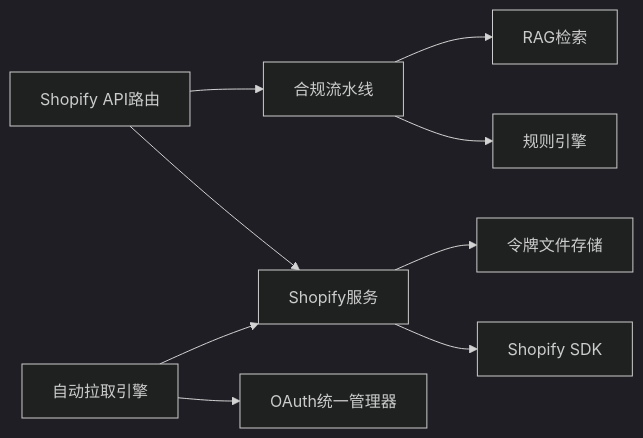
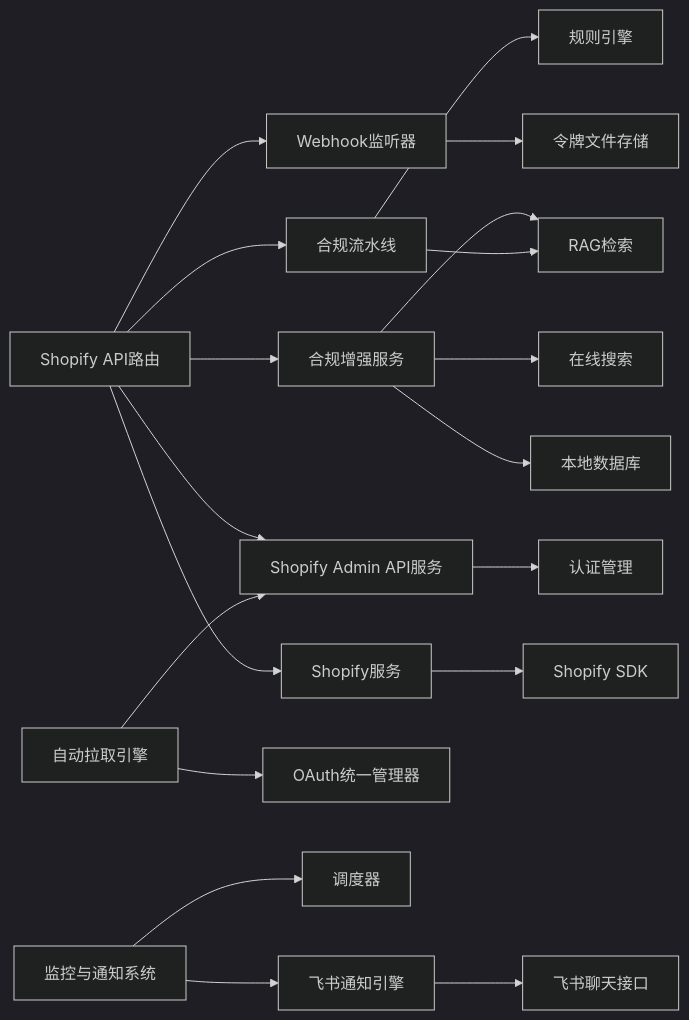
The tenth of 10 diagrams in .qoder/repowiki/zh/content/集成与扩展/Shopify集成.md (angledick/-), drawn with Mermaid (dark theme) before and after one commit. The commit also changed other lines of this file and 770 other files, not shown here.

````diff
--- a/.qoder/repowiki/zh/content/集成与扩展/Shopify集成.md
+++ b/.qoder/repowiki/zh/content/集成与扩展/Shopify集成.md
@@ -315,11 +491,21 @@
 ```mermaid
 graph LR
 API["Shopify API路由"] --> SVC["Shopify服务"]
+API --> COMP_ENR["合规增强服务"]
+API --> API_SVC["Shopify Admin API服务"]
+API --> LISTENER["Webhook监听器"]
 API --> COM["合规流水线"]
 SVC --> SDK["Shopify SDK"]
-SVC --> TOK["令牌文件存储"]
+API_SVC --> AUTH["认证管理"]
+COMP_ENR --> LOCAL_DB["本地数据库"]
+COMP_ENR --> RAG["RAG检索"]
+COMP_ENR --> ONLINE["在线搜索"]
+LISTENER --> TOK["令牌文件存储"]
 ENG["自动拉取引擎"] --> OAUTH["OAuth统一管理器"]
-ENG --> SVC
+ENG --> API_SVC
+MON["监控与通知系统"] --> SCHED["调度器"]
+MON --> FEISHU["飞书通知引擎"]
+FEISHU --> CHAT["飞书聊天接口"]
 COM --> RULE["规则引擎"]
-COM --> RAG["RAG检索"]
+COM --> RAG
 ```
````
